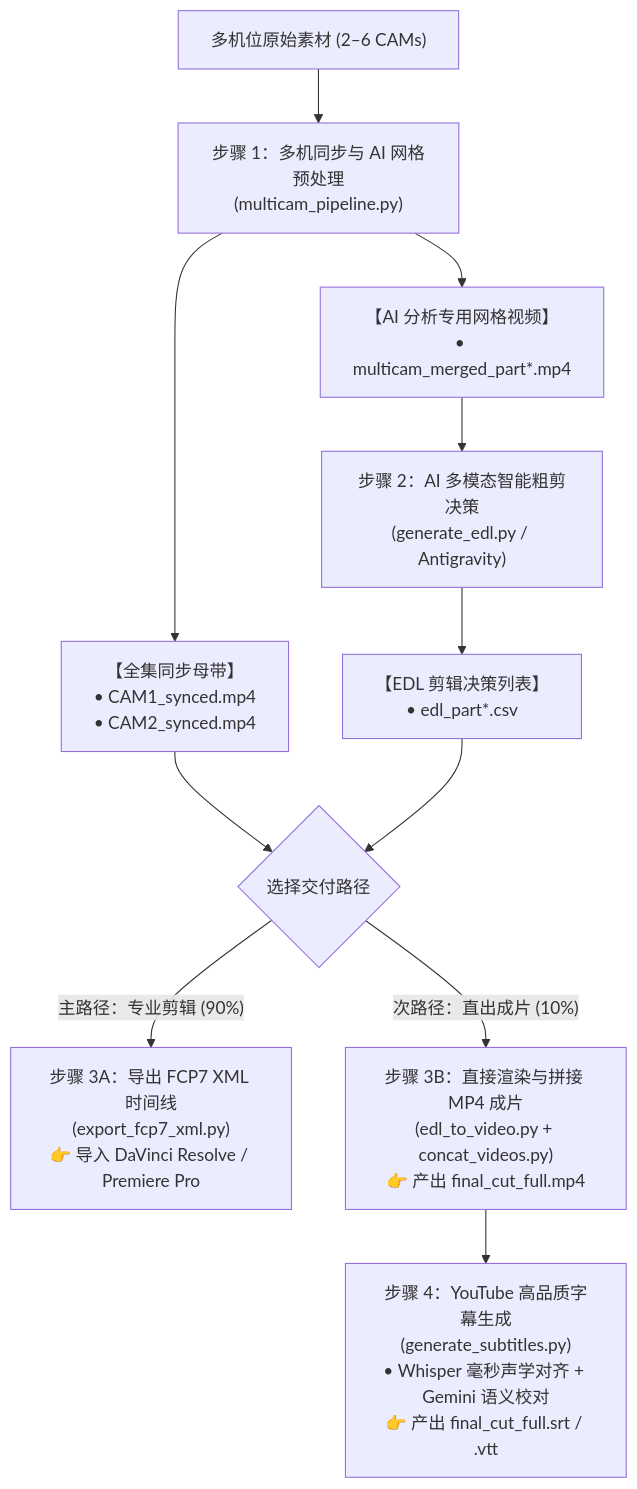
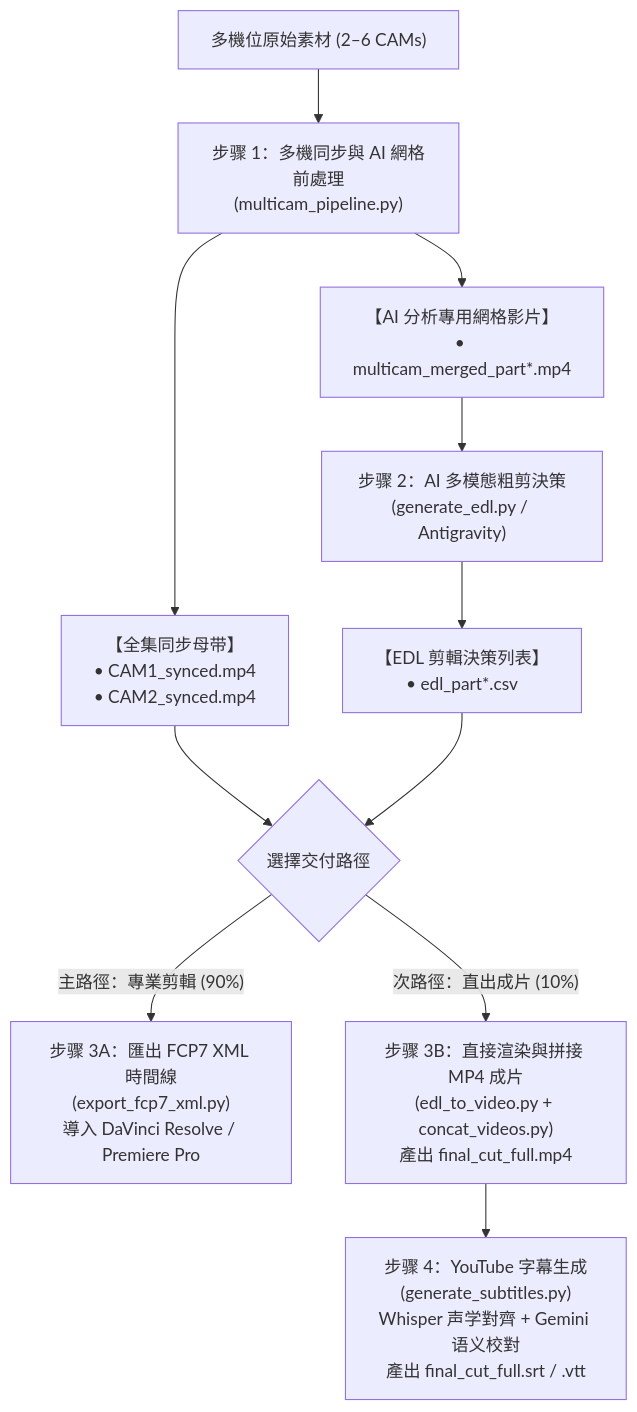
The diagram in README.zh-CN.md (sylphlin/multicam-video-preprocessing), drawn with Mermaid before and after one commit. The commit also changed other lines of this file and 4 other files, not shown here.

````diff
--- a/README.zh-CN.md
+++ b/README.zh-CN.md
@@ -46,18 +53,18 @@
 ```mermaid
 flowchart TD
-    A["多机位原始素材 (2–6 CAMs)"] --> B["步骤 1：多机同步与 AI 网格预处理<br/>(multicam_pipeline.py)"]
+    A["多機位原始素材 (2–6 CAMs)"] --> B["步骤 1：多機同步與 AI 網格前處理<br/>(multicam_pipeline.py)"]
     
     B --> C["【全集同步母带】<br/>• CAM1_synced.mp4<br/>• CAM2_synced.mp4"]
-    B --> D["【AI 分析专用网格视频】<br/>• multicam_merged_part*.mp4"]
+    B --> D["【AI 分析專用網格影片】<br/>• multicam_merged_part*.mp4"]
     
-    D --> E["步骤 2：AI 多模态智能粗剪决策<br/>(generate_edl.py / Antigravity)"]
-    E --> F["【EDL 剪辑决策列表】<br/>• edl_part*.csv"]
+    D --> E["步骤 2：AI 多模態粗剪決策<br/>(generate_edl.py / Antigravity)"]
+    E --> F["【EDL 剪輯決策列表】<br/>• edl_part*.csv"]
     
-    C --> G{"选择交付路径"}
+    C --> G{"選擇交付路徑"}
     F --> G
     
-    G -->|"主路径：专业剪辑 (90%)"| H["步骤 3A：导出 FCP7 XML 时间线<br/>(export_fcp7_xml.py)<br/>👉 导入 DaVinci Resolve / Premiere Pro"]
-    G -->|"次路径：直出成片 (10%)"| I["步骤 3B：直接渲染与拼接 MP4 成片<br/>(edl_to_video.py + concat_videos.py)<br/>👉 产出 final_cut_full.mp4"]
+    G -->|"主路徑：專業剪輯 (90%)"| H["步骤 3A：匯出 FCP7 XML 時間線<br/>(export_fcp7_xml.py)<br/>導入 DaVinci Resolve / Premiere Pro"]
+    G -->|"次路徑：直出成片 (10%)"| I["步骤 3B：直接渲染與拼接 MP4 成片<br/>(edl_to_video.py + concat_videos.py)<br/>產出 final_cut_full.mp4"]
     
-    I --> J["步骤 4：YouTube 高品质字幕生成<br/>(generate_subtitles.py)<br/>• Whisper 毫秒声学对齐 + Gemini 语义校对<br/>👉 产出 final_cut_full.srt / .vtt"]
+    I --> J["步骤 4：YouTube 字幕生成<br/>(generate_subtitles.py)<br/>Whisper 声学對齊 + Gemini 语义校對<br/>產出 final_cut_full.srt / .vtt"]
 ```
````
